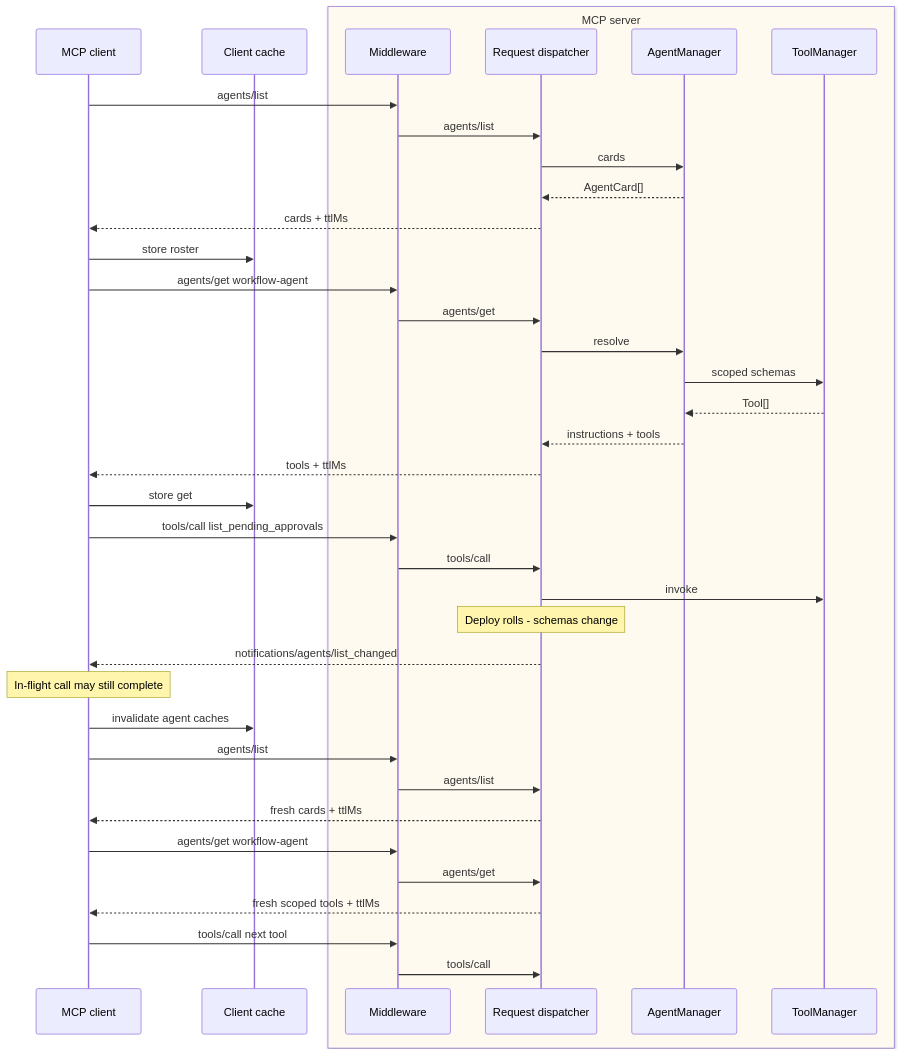
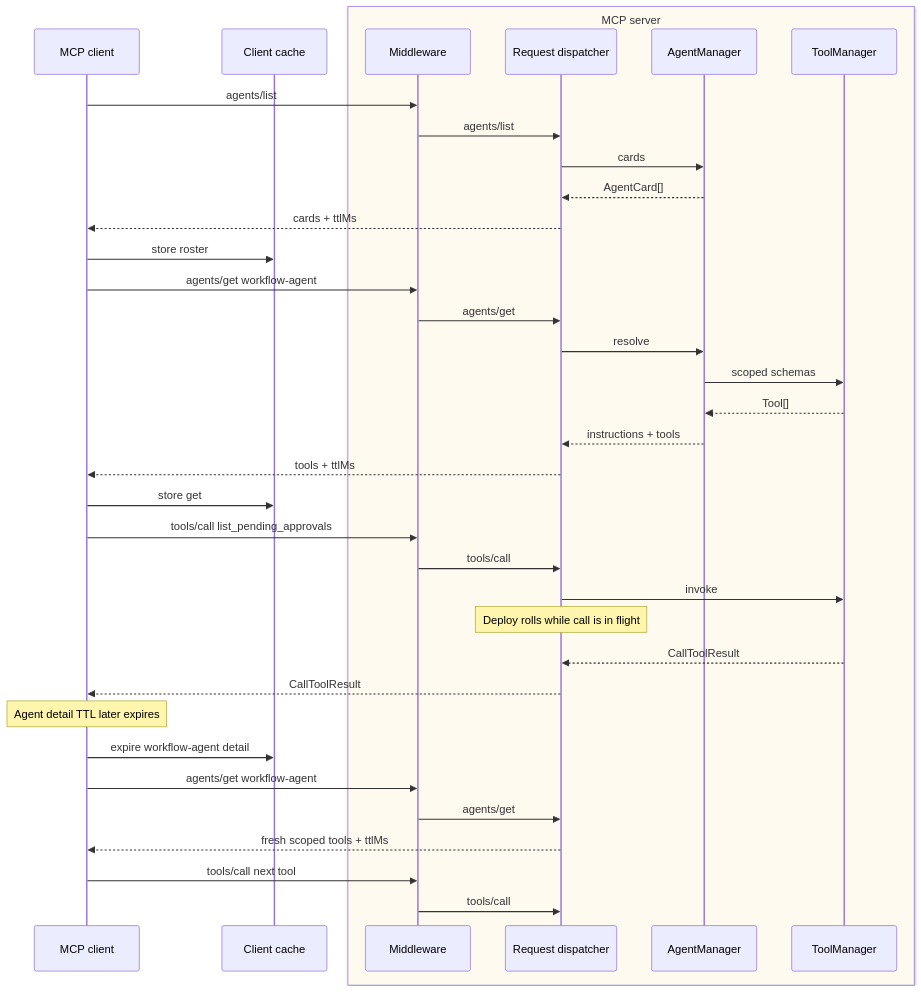
The fourth of 4 diagrams in docs/research/deep_agent_mcp_analysis.md (modelcontextprotocol/agents-wg), drawn with Mermaid before and after one commit. The commit also changed other lines of this file and 5 other files, not shown here.

Commit message:
MCP-AGENTS: align research and example with formal extension flow

````diff
--- a/docs/research/deep_agent_mcp_analysis.md
+++ b/docs/research/deep_agent_mcp_analysis.md
@@ -668,45 +705,43 @@
 ```mermaid
 sequenceDiagram
     participant Client as MCP client
     participant Cache as Client cache
 
     box rgb(255,250,240) MCP server
         participant MW as Middleware
         participant Disp as Request dispatcher
         participant AM as AgentManager
         participant TM as ToolManager
     end
 
     Client->>MW: agents/list
     MW->>Disp: agents/list
     Disp->>AM: cards
     AM-->>Disp: AgentCard[]
     Disp-->>Client: cards + ttlMs
     Client->>Cache: store roster
 
     Client->>MW: agents/get workflow-agent
     MW->>Disp: agents/get
     Disp->>AM: resolve
     AM->>TM: scoped schemas
     TM-->>AM: Tool[]
     AM-->>Disp: instructions + tools
     Disp-->>Client: tools + ttlMs
     Client->>Cache: store get
 
     Client->>MW: tools/call list_pending_approvals
     MW->>Disp: tools/call
     Disp->>TM: invoke
-    Note over Disp: Deploy rolls - schemas change
-    Disp-->>Client: notifications/agents/list_changed
-    Note over Client: In-flight call may still complete
+    Note over Disp: Deploy rolls while call is in flight
+    TM-->>Disp: CallToolResult
+    Disp-->>Client: CallToolResult
+    Note over Client: Agent detail TTL later expires
 
-    Client->>Cache: invalidate agent caches
-    Client->>MW: agents/list
-    MW->>Disp: agents/list
-    Disp-->>Client: fresh cards + ttlMs
+    Client->>Cache: expire workflow-agent detail
     Client->>MW: agents/get workflow-agent
     MW->>Disp: agents/get
     Disp-->>Client: fresh scoped tools + ttlMs
     Client->>MW: tools/call next tool
     MW->>Disp: tools/call
 ```
````
